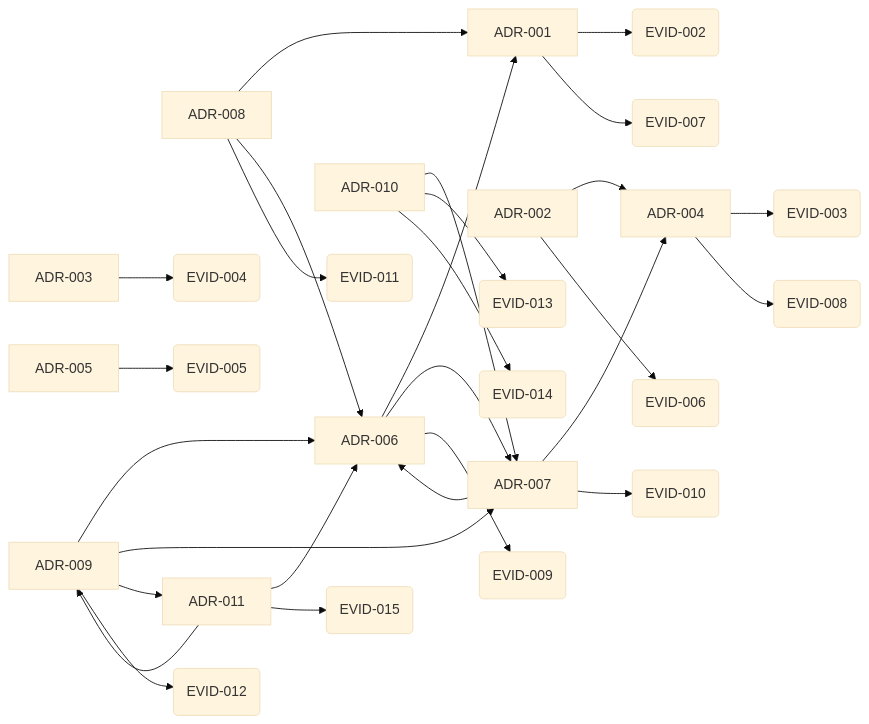
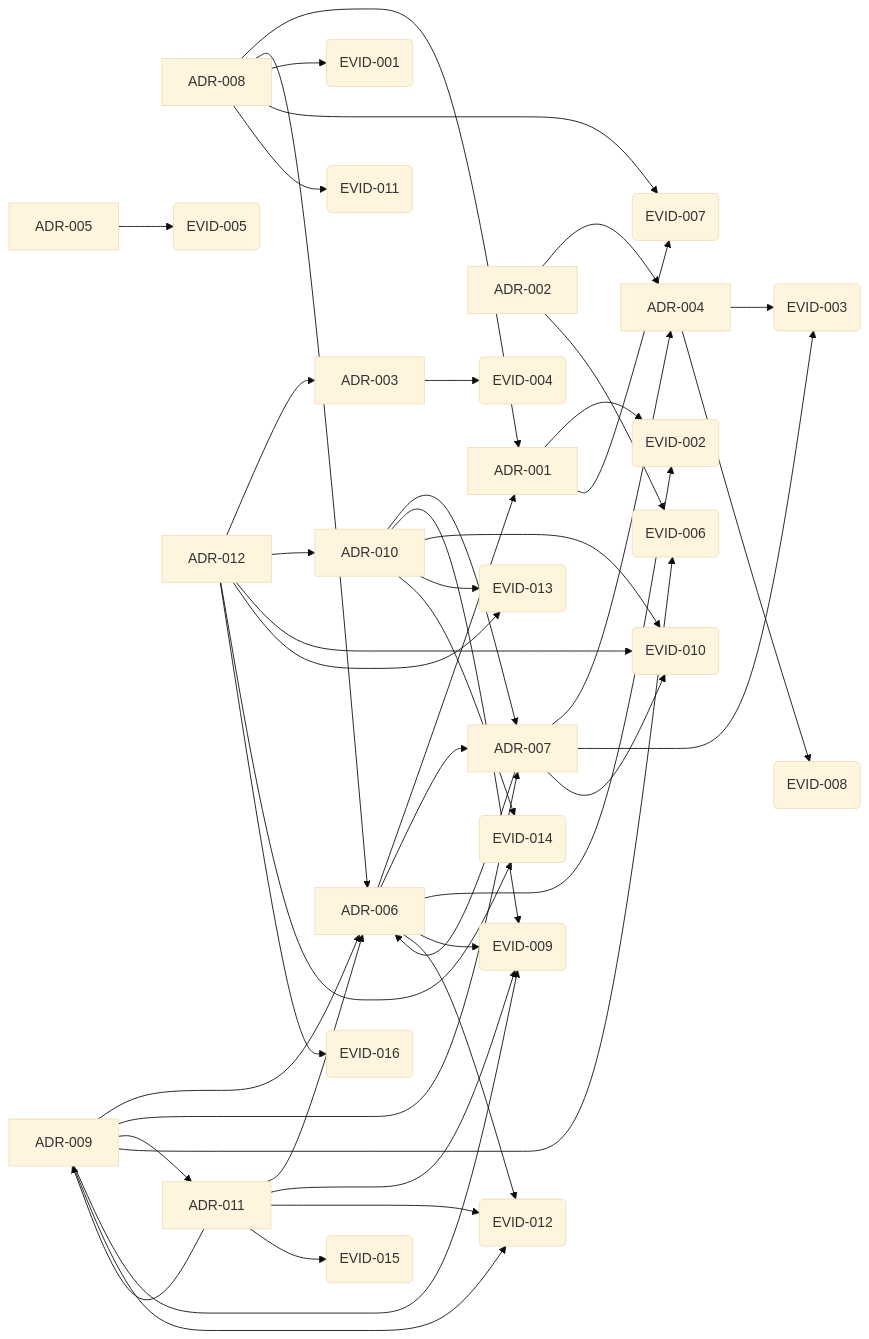
The diagram in GRAPH.md (TeramachiShunsuke/aidd), drawn with Mermaid (base theme) before and after one commit. The commit also changed other lines of this file and 18 other files, not shown here.

First line of the commit message:
graph: 決定の系譜を CI で固定し、影響範囲を照会できるようにする

````diff
--- a/GRAPH.md
+++ b/GRAPH.md
@@ -35,55 +35,75 @@
 ```mermaid
 graph LR
   ADR_001[ADR-001]
   ADR_002[ADR-002]
   ADR_003[ADR-003]
   ADR_004[ADR-004]
   ADR_005[ADR-005]
   ADR_006[ADR-006]
   ADR_007[ADR-007]
   ADR_008[ADR-008]
   ADR_009[ADR-009]
   ADR_010[ADR-010]
   ADR_011[ADR-011]
+  ADR_012[ADR-012]
+  EVID_001(EVID-001)
   EVID_002(EVID-002)
   EVID_003(EVID-003)
   EVID_004(EVID-004)
   EVID_005(EVID-005)
   EVID_006(EVID-006)
   EVID_007(EVID-007)
   EVID_008(EVID-008)
   EVID_009(EVID-009)
   EVID_010(EVID-010)
   EVID_011(EVID-011)
   EVID_012(EVID-012)
   EVID_013(EVID-013)
   EVID_014(EVID-014)
   EVID_015(EVID-015)
+  EVID_016(EVID-016)
   ADR_001 --> EVID_002
   ADR_001 --> EVID_007
   ADR_002 --> ADR_004
   ADR_002 --> EVID_006
   ADR_003 --> EVID_004
   ADR_004 --> EVID_003
   ADR_004 --> EVID_008
   ADR_005 --> EVID_005
   ADR_006 --> ADR_001
   ADR_006 --> ADR_007
+  ADR_006 --> EVID_002
   ADR_006 --> EVID_009
+  ADR_006 --> EVID_012
   ADR_007 --> ADR_004
   ADR_007 --> ADR_006
+  ADR_007 --> EVID_003
   ADR_007 --> EVID_010
   ADR_008 --> ADR_001
   ADR_008 --> ADR_006
+  ADR_008 --> EVID_001
+  ADR_008 --> EVID_007
   ADR_008 --> EVID_011
   ADR_009 --> ADR_006
   ADR_009 --> ADR_007
   ADR_009 --> ADR_011
+  ADR_009 --> EVID_006
+  ADR_009 --> EVID_009
   ADR_009 --> EVID_012
   ADR_010 --> ADR_007
+  ADR_010 --> EVID_009
+  ADR_010 --> EVID_010
   ADR_010 --> EVID_013
   ADR_010 --> EVID_014
   ADR_011 --> ADR_006
   ADR_011 --> ADR_009
+  ADR_011 --> EVID_009
+  ADR_011 --> EVID_012
   ADR_011 --> EVID_015
+  ADR_012 --> ADR_003
+  ADR_012 --> ADR_010
+  ADR_012 --> EVID_010
+  ADR_012 --> EVID_013
+  ADR_012 --> EVID_014
+  ADR_012 --> EVID_016
 ```
````
